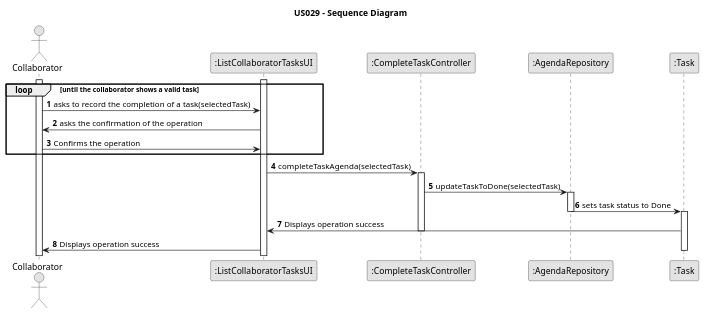
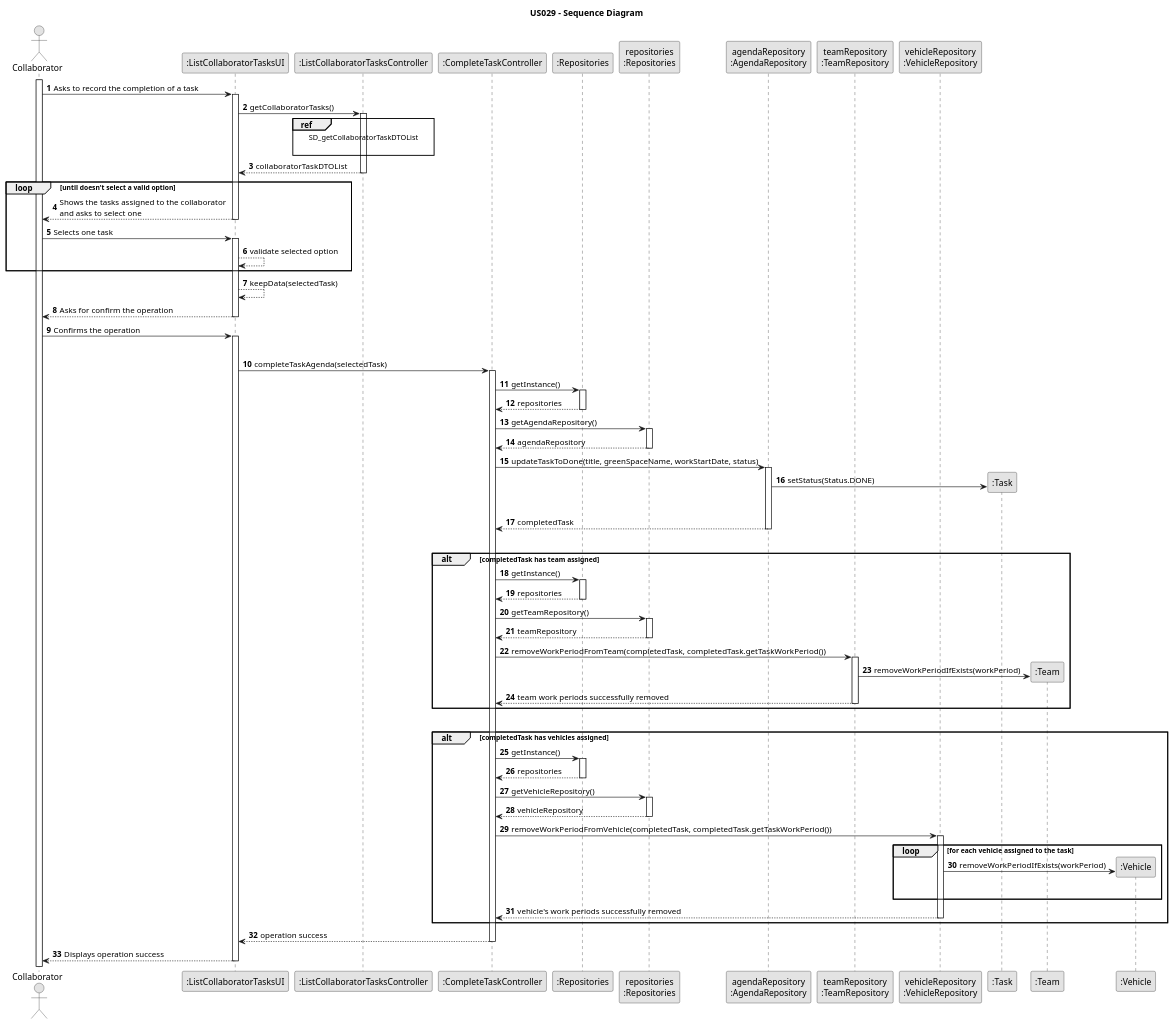
One commit to Rui-San/LAPR2_2023_2024 changed the diagram in docs/sprintC/us029/03.design/puml/us029-sequence-diagram.puml. Above: the diagram before and after it, drawn with PlantUML. The commit also changed 4 other files, not shown here.

Commit message:
US29: Sequence Diagram completed with new interactions

```diff
--- a/docs/sprintC/us029/03.design/puml/us029-sequence-diagram.puml
+++ b/docs/sprintC/us029/03.design/puml/us029-sequence-diagram.puml
@@ -1,43 +1,144 @@
 @startuml
 skinparam monochrome true
 skinparam packageStyle rectangle
 skinparam shadowing false
 
 title US029 - Sequence Diagram
 
 autonumber
+
 actor "Collaborator" as Collaborator
 participant ":ListCollaboratorTasksUI" as UI
+participant ":ListCollaboratorTasksController" as LIST_CTRL
 participant ":CompleteTaskController" as CTRL
-participant ":AgendaRepository" as REPO
+
+participant ":Repositories" as REPO
+participant "repositories\n:Repositories" as REPOInstance
+participant "agendaRepository\n:AgendaRepository" as AgendaRepository
+participant "teamRepository\n:TeamRepository" as TeamRepository
+participant "vehicleRepository\n:VehicleRepository" as VehicleRepository
+
 participant ":Task" as Task
+participant ":Team" as Team
+participant ":Vehicle" as Vehicle
 
 activate Collaborator
-activate UI
 
-loop until the collaborator shows a valid task
-Collaborator -> UI: asks to record the completion of a task(selectedTask)
-UI -> Collaborator: asks the confirmation of the operation
-Collaborator -> UI: Confirms the operation
+    Collaborator -> UI : Asks to record the completion of a task
+    activate UI
 
+    UI -> LIST_CTRL : getCollaboratorTasks()
+    activate LIST_CTRL
+
+   ref over LIST_CTRL
+   SD_getCollaboratorTaskDTOList
+
+   end ref
+
+   LIST_CTRL --> UI : collaboratorTaskDTOList
+
+   deactivate LIST_CTRL
+
+loop until doesn't select a valid option
+        UI --> Collaborator : Shows the tasks assigned to the collaborator \nand asks to select one
+    deactivate UI
+
+    Collaborator -> UI : Selects one task
+    activate UI
+        UI --> UI : validate selected option
 end loop
+        UI --> UI: keepData(selectedTask)
 
-UI -> CTRL: completeTaskAgenda(selectedTask)
+        UI --> Collaborator : Asks for confirm the operation
+        deactivate UI
+        Collaborator -> UI: Confirms the operation
+        activate UI
+        |||
+        UI -> CTRL : completeTaskAgenda(selectedTask)
 
-activate CTRL
-CTRL -> REPO: updateTaskToDone(selectedTask)
+        activate CTRL
+        CTRL -> REPO : getInstance()
+            activate REPO
 
-    activate REPO
-    REPO -> Task: sets task status to Done
-    deactivate REPO
+            REPO --> CTRL : repositories
+            deactivate REPO
+            CTRL -> REPOInstance: getAgendaRepository()
 
-activate Task
+            activate REPOInstance
+
+            REPOInstance --> CTRL : agendaRepository
+            deactivate REPOInstance
+
+            CTRL -> AgendaRepository : updateTaskToDone(title, greenSpaceName, workStartDate, status)
+            activate AgendaRepository
+
+            AgendaRepository -> Task** : setStatus(Status.DONE)
+            |||
+            AgendaRepository --> CTRL : completedTask
+            deactivate AgendaRepository
+        |||
 
 
-Task -> UI: Displays operation success
-deactivate CTRL
-UI -> Collaborator: Displays operation success
+            alt completedTask has team assigned
 
-deactivate Task
+                CTRL -> REPO : getInstance()
+                activate REPO
+
+                REPO --> CTRL : repositories
+                deactivate REPO
+                CTRL -> REPOInstance: getTeamRepository()
+
+                activate REPOInstance
+
+                REPOInstance --> CTRL : teamRepository
+                deactivate REPOInstance
+
+                CTRL -> TeamRepository : removeWorkPeriodFromTeam(completedTask, completedTask.getTaskWorkPeriod())
+                activate TeamRepository
+
+                TeamRepository -> Team** : removeWorkPeriodIfExists(workPeriod)
+
+                TeamRepository --> CTRL : team work periods successfully removed
+                deactivate TeamRepository
+
+            end
+            |||
+            alt completedTask has vehicles assigned
+
+                    CTRL -> REPO : getInstance()
+                    activate REPO
+
+                    REPO --> CTRL : repositories
+                    deactivate REPO
+                    CTRL -> REPOInstance: getVehicleRepository()
+
+                    activate REPOInstance
+
+                    REPOInstance --> CTRL : vehicleRepository
+                    deactivate REPOInstance
+
+                    CTRL -> VehicleRepository : removeWorkPeriodFromVehicle(completedTask, completedTask.getTaskWorkPeriod())
+                    activate VehicleRepository
+
+                    loop for each vehicle assigned to the task
+
+                    VehicleRepository -> Vehicle** : removeWorkPeriodIfExists(workPeriod)
+                    |||
+                    end loop
+                    VehicleRepository --> CTRL : vehicle's work periods successfully removed
+                    deactivate VehicleRepository
+
+                end
+
+                CTRL --> UI: operation success
+                deactivate CTRL
+
+
+
+
+
+
+        UI --> Collaborator : Displays operation success
+    deactivate UI
 
 @enduml
```
